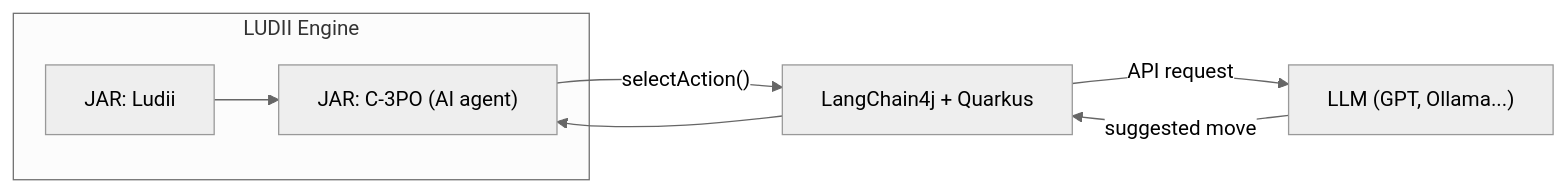
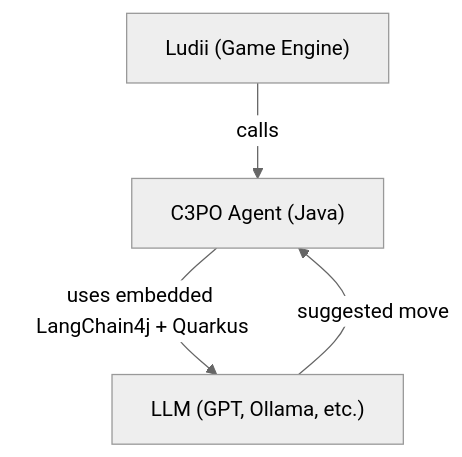
One commit to chiar0/C3PO changed the diagram in README.md. Above: the diagram before and after it, drawn with Mermaid (neutral theme). The commit also changed other lines of this file, not shown here.

````diff
--- a/README.md
+++ b/README.md
@@ -15,13 +15,10 @@
 ```mermaid
-graph LR
-  subgraph "LUDII Engine"
-    LUDII["JAR: Ludii"]
-    AGENT["JAR: C-3PO (AI agent)"]
-    LUDII --> AGENT
-  end
+graph TD
+  LUDII["Ludii (Game Engine)"]
+  C3PO["C3PO Agent (Java)"]
+  LLM["LLM (GPT, Ollama, etc.)"]
 
-  AGENT -- "selectAction()" --> LANGCHAIN["LangChain4j + Quarkus"]
-  LANGCHAIN -- "API request" --> LLM["LLM (GPT, Ollama...)"]
-  LLM -- "suggested move" --> LANGCHAIN
-  LANGCHAIN --> AGENT
+  LUDII -- calls --> C3PO
+  C3PO -- "uses embedded LangChain4j + Quarkus" --> LLM
+  LLM -- "suggested move" --> C3PO
 ```
````
